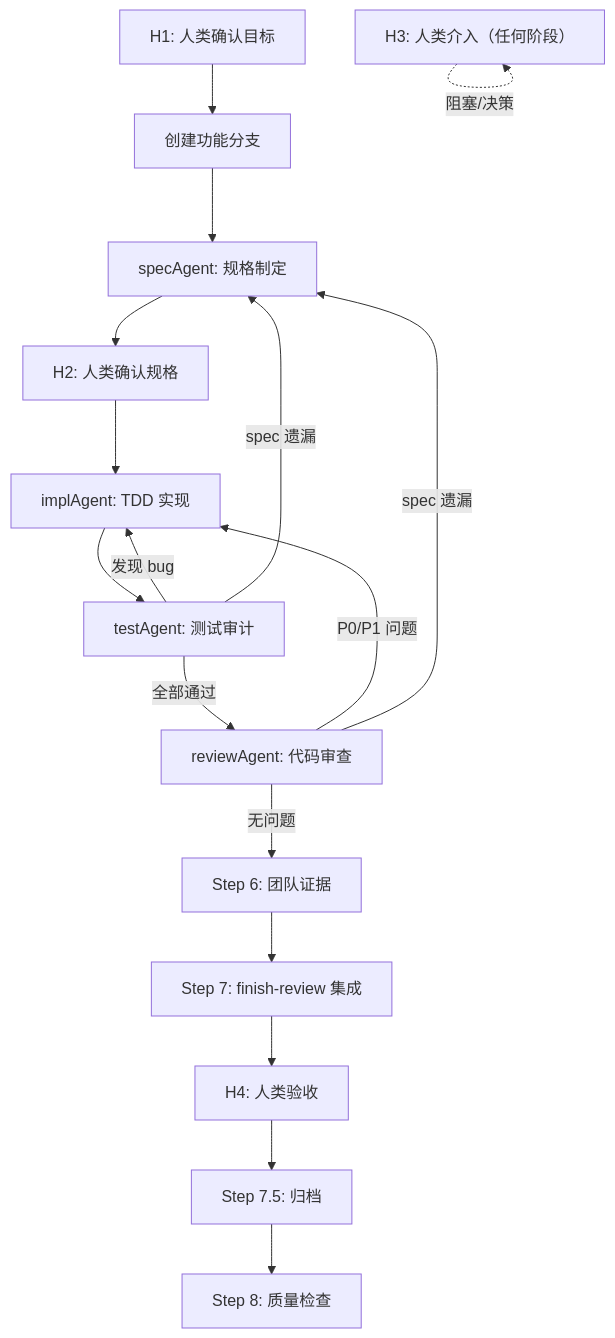
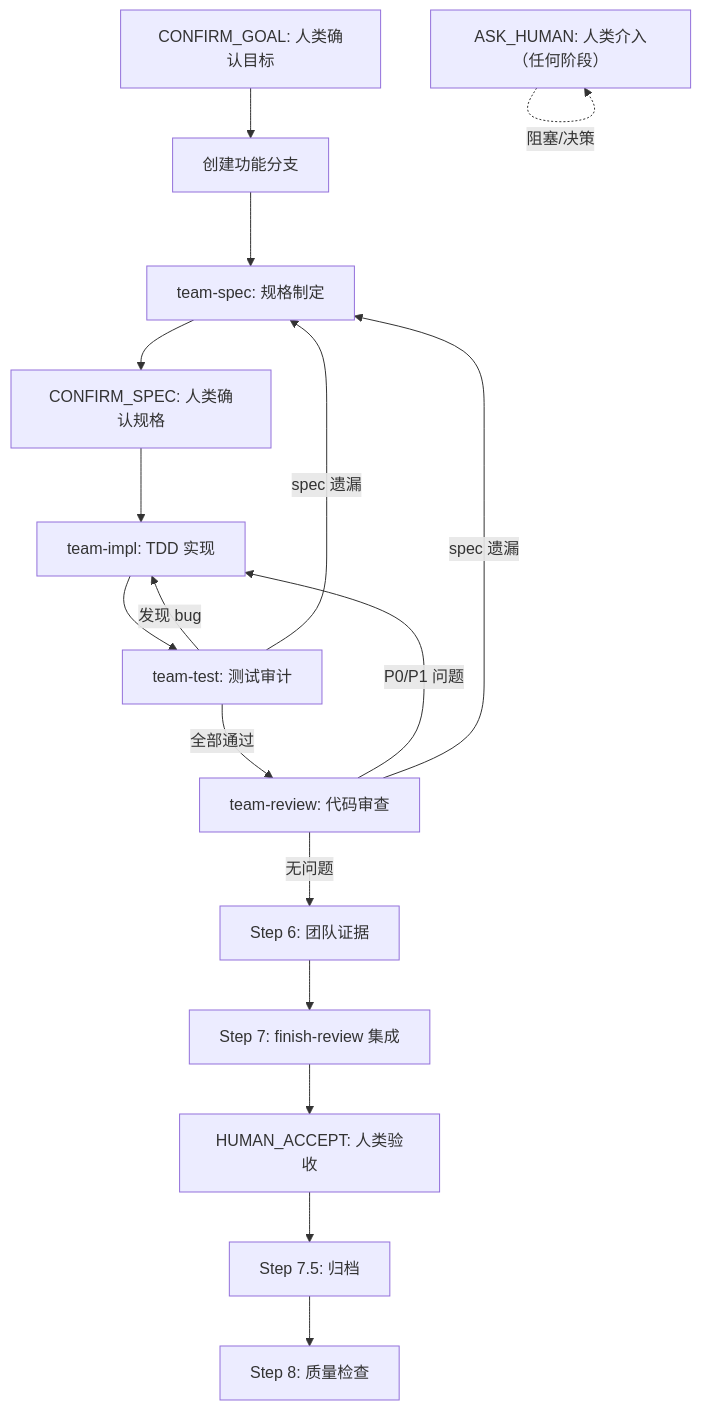
One commit to andeya/team-skills changed the diagram in skills/team-orchestrator/SKILL.md. Above: the diagram before and after it, drawn with Mermaid. The commit also changed other lines of this file and 43 other files, not shown here.

````diff
--- a/skills/team-orchestrator/SKILL.md
+++ b/skills/team-orchestrator/SKILL.md
@@ -10,19 +10,19 @@
 ```mermaid
 flowchart TD
-    H1["H1: 人类确认目标"] --> branch["创建功能分支"]
-    branch --> specAgent["specAgent: 规格制定"]
-    specAgent --> H2["H2: 人类确认规格"]
-    H2 --> implAgent["implAgent: TDD 实现"]
-    implAgent --> testAgent["testAgent: 测试审计"]
-    testAgent -->|"发现 bug"| implAgent
-    testAgent -->|"spec 遗漏"| specAgent
-    testAgent -->|"全部通过"| reviewAgent["reviewAgent: 代码审查"]
-    reviewAgent -->|"P0/P1 问题"| implAgent
-    reviewAgent -->|"spec 遗漏"| specAgent
-    reviewAgent -->|"无问题"| teamEvidence["Step 6: 团队证据"]
+    CONFIRM_GOAL["CONFIRM_GOAL: 人类确认目标"] --> branch["创建功能分支"]
+    branch --> team-spec["team-spec: 规格制定"]
+    team-spec --> CONFIRM_SPEC["CONFIRM_SPEC: 人类确认规格"]
+    CONFIRM_SPEC --> team-impl["team-impl: TDD 实现"]
+    team-impl --> team-test["team-test: 测试审计"]
+    team-test -->|"发现 bug"| team-impl
+    team-test -->|"spec 遗漏"| team-spec
+    team-test -->|"全部通过"| team-review["team-review: 代码审查"]
+    team-review -->|"P0/P1 问题"| team-impl
+    team-review -->|"spec 遗漏"| team-spec
+    team-review -->|"无问题"| teamEvidence["Step 6: 团队证据"]
     teamEvidence --> finish["Step 7: finish-review 集成"]
-    finish --> H4["H4: 人类验收"]
-    H4 --> archive["Step 7.5: 归档"]
+    finish --> HUMAN_ACCEPT["HUMAN_ACCEPT: 人类验收"]
+    HUMAN_ACCEPT --> archive["Step 7.5: 归档"]
     archive --> qualityCheck["Step 8: 质量检查"]
-    H3["H3: 人类介入（任何阶段）"] -.->|"阻塞/决策"| H3
+    ASK_HUMAN["ASK_HUMAN: 人类介入（任何阶段）"] -.->|"阻塞/决策"| ASK_HUMAN
 ```
````
